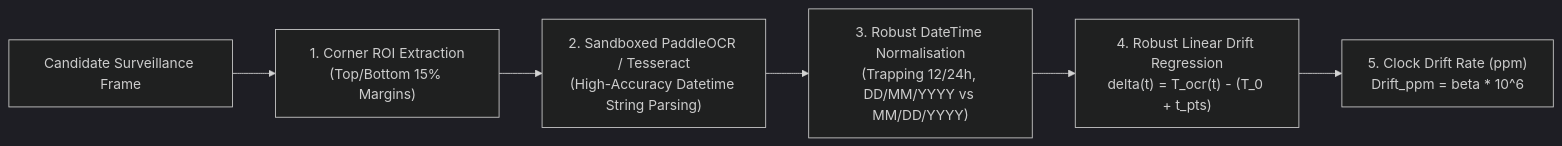
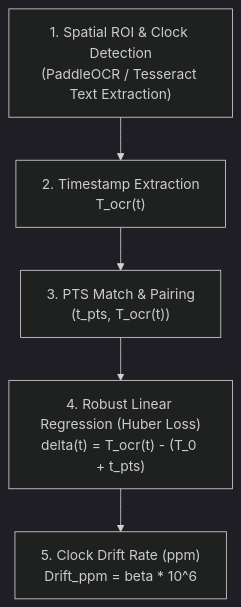
Before and after one commit to Subhadip-Paul2006/BHack-Docs: the seventh of 9 diagrams in CCTV_VISUAL_INTELLIGENCE.md, drawn with Mermaid (dark theme). The commit also changed other lines of this file, not shown here.

````diff
--- a/CCTV_VISUAL_INTELLIGENCE.md
+++ b/CCTV_VISUAL_INTELLIGENCE.md
@@ -116,8 +1365,12 @@
 ```mermaid
-flowchart LR
-    FRAME["Candidate Surveillance Frame"] --> CROP["1. Corner ROI Extraction\n(Top/Bottom 15% Margins)"]
-    CROP --> OCR["2. Sandboxed PaddleOCR / Tesseract\n(High-Accuracy Datetime String Parsing)"]
-    OCR --> PARSE["3. Robust DateTime Normalisation\n(Trapping 12/24h, DD/MM/YYYY vs MM/DD/YYYY)"]
-    PARSE --> REGRESS["4. Robust Linear Drift Regression\ndelta(t) = T_ocr(t) - (T_0 + t_pts)"]
-    REGRESS --> DRIFT_VAL["5. Clock Drift Rate (ppm)\nDrift_ppm = beta * 10^6"]
+flowchart TD
+    ROI["1. Spatial ROI & Clock Detection
+(PaddleOCR / Tesseract Text Extraction)"] --> TIMESTAMP_EXT["2. Timestamp Extraction
+T_ocr(t)"]
+    TIMESTAMP_EXT --> PTS_MATCH["3. PTS Match & Pairing
+(t_pts, T_ocr(t))"]
+    PTS_MATCH --> REGRESS["4. Robust Linear Regression (Huber Loss)
+delta(t) = T_ocr(t) - (T_0 + t_pts)"]
+    REGRESS --> DRIFT_VAL["5. Clock Drift Rate (ppm)
+Drift_ppm = beta * 10^6"]
 ```
````
